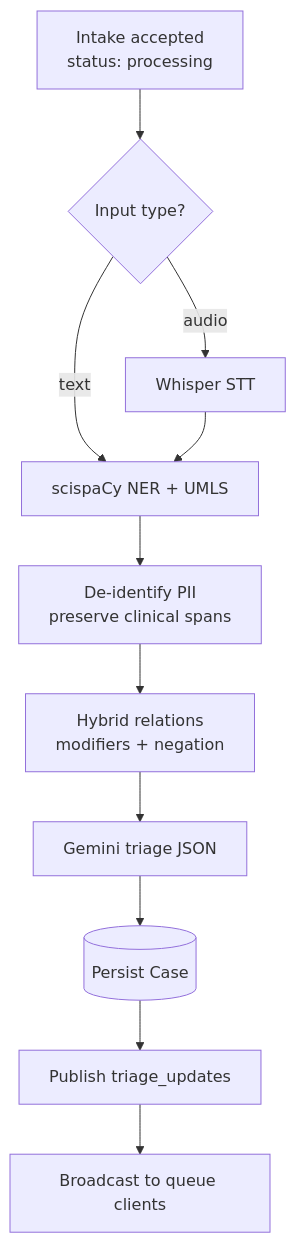
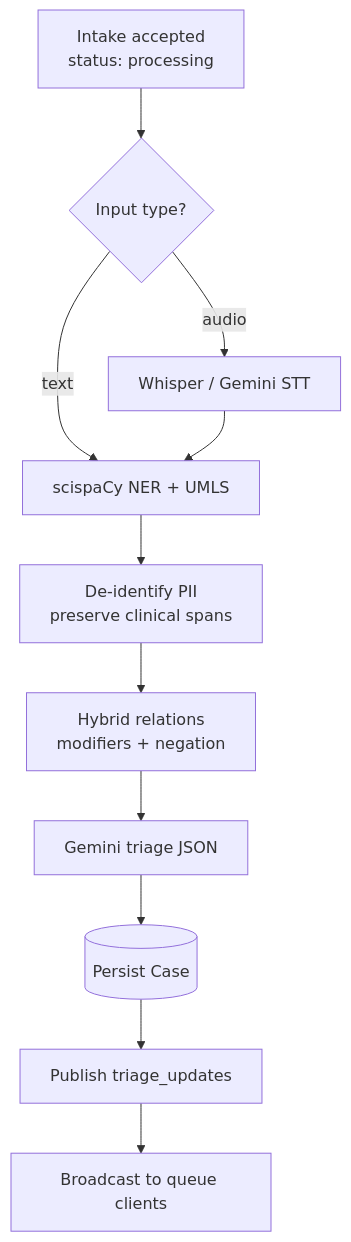
The second of 3 diagrams in README.md (himxsh/MedTriage), drawn with Mermaid before and after one commit. The commit also changed other lines of this file and 12 other files, not shown here.

````diff
--- a/README.md
+++ b/README.md
@@ -45,13 +55,13 @@
 ```mermaid
 flowchart TD
   I[Intake accepted<br/>status: processing] --> T{Input type?}
-  T -->|audio| W[Whisper STT]
+  T -->|audio| W[Whisper / Gemini STT]
   T -->|text| N[scispaCy NER + UMLS]
   W --> N
   N --> D[De-identify PII<br/>preserve clinical spans]
   D --> R[Hybrid relations<br/>modifiers + negation]
   R --> G[Gemini triage JSON]
   G --> P[(Persist Case)]
   P --> Q[Publish triage_updates]
   Q --> WS[Broadcast to queue clients]
 ```
````
